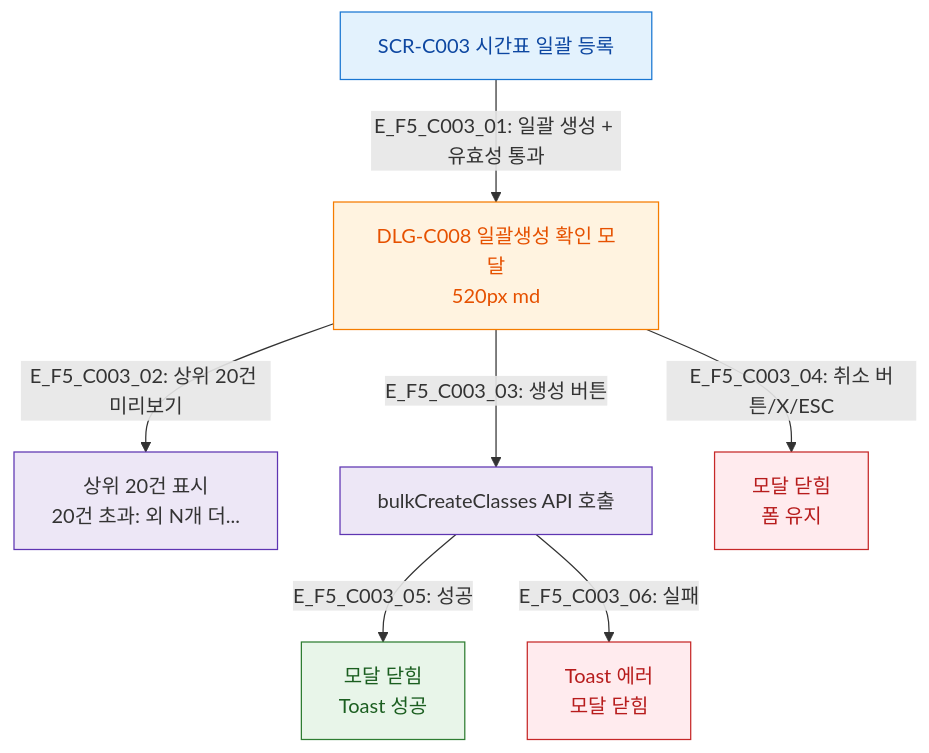
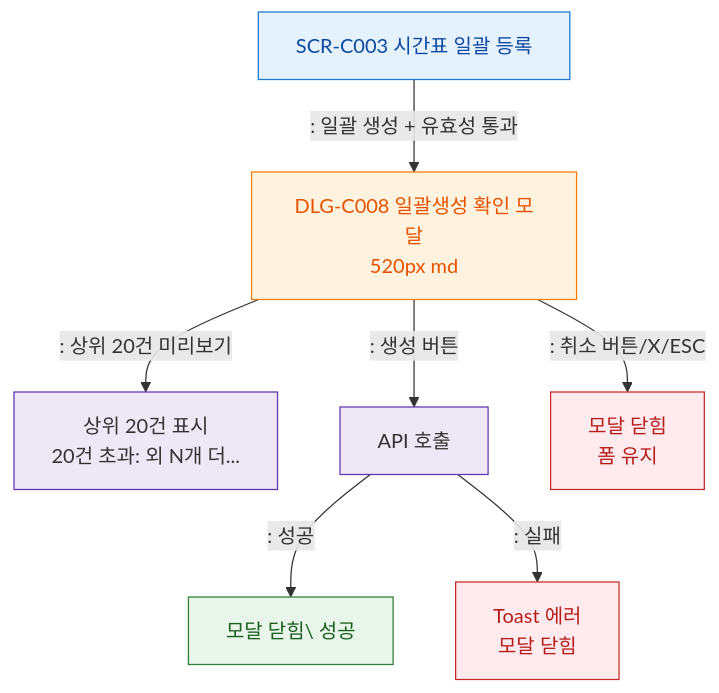
The diagram in docs/다이어그램/D04_수업관리/SCR-C003_시간표일괄등록/F5_모달트리거.md (dev-spogym/admin-pando), drawn with Mermaid before and after one commit. The commit also changed other lines of this file and 1660 other files, not shown here.

First line of the commit message:
다이어그램: 기획자/클라이언트 납품본으로 정리

````diff
--- a/docs/다이어그램/D04_수업관리/SCR-C003_시간표일괄등록/F5_모달트리거.md
+++ b/docs/다이어그램/D04_수업관리/SCR-C003_시간표일괄등록/F5_모달트리거.md
@@ -20,24 +18,24 @@
 ```mermaid
 flowchart TD
   SCR_C003[SCR-C003 시간표 일괄 등록]
 
-  SCR_C003 -->|"E_F5_C003_01: 일괄 생성 + 유효성 통과"| DLG_C008[DLG-C008 일괄생성 확인 모달\n520px md]
+  SCR_C003 -->|": 일괄 생성 + 유효성 통과"|DLG_C008[DLG-C008 일괄생성 확인 모달\n520px md]
 
-  DLG_C008 -->|"E_F5_C003_02: 상위 20건 미리보기"| Preview20[상위 20건 표시\n20건 초과: 외 N개 더...]
-  DLG_C008 -->|"E_F5_C003_03: 생성 버튼"| BulkAPI[bulkCreateClasses API 호출]
-  DLG_C008 -->|"E_F5_C003_04: 취소 버튼/X/ESC"| CloseModal[모달 닫힘\n폼 유지]
+  DLG_C008 -->|": 상위 20건 미리보기"|Preview20[상위 20건 표시\n20건 초과: 외 N개 더...]
+  DLG_C008 -->|": 생성 버튼"|BulkAPI[API 호출]
+  DLG_C008 -->|": 취소 버튼/X/ESC"|CloseModal[모달 닫힘\n폼 유지]
 
-  BulkAPI -->|"E_F5_C003_05: 성공"| CloseAndToast[모달 닫힘\nToast 성공]
-  BulkAPI -->|"E_F5_C003_06: 실패"| ErrorToast[Toast 에러\n모달 닫힘]
+  BulkAPI -->|": 성공"|CloseAndToast[모달 닫힘\ 성공]
+  BulkAPI -->|": 실패"|ErrorToast[Toast 에러\n모달 닫힘]
 
   classDef screen fill:#E3F2FD,stroke:#1976D2,color:#0D47A1
   classDef modal fill:#FFF3E0,stroke:#F57C00,color:#E65100
   classDef system fill:#EDE7F6,stroke:#5E35B2
   classDef success fill:#E8F5E9,stroke:#2E7D32,color:#1B5E20
   classDef error fill:#FFEBEE,stroke:#C62828,color:#B71C1C
   class SCR_C003 screen
   class DLG_C008 modal
   class BulkAPI,Preview20 system
   class CloseAndToast success
   class ErrorToast,CloseModal error
 ```
````
